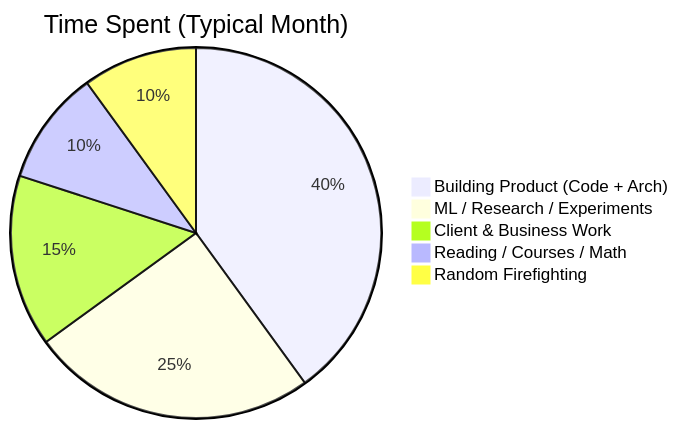
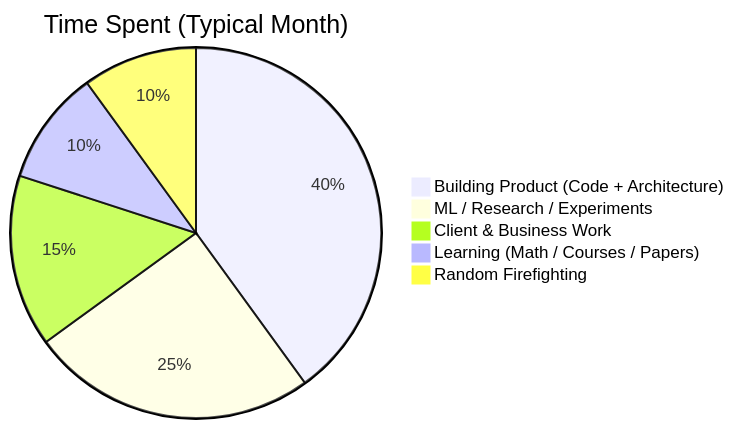
One commit to shasan11/shasan11 changed the diagram in readme.md. Above: the diagram before and after it, drawn with Mermaid. The commit also changed other lines of this file, not shown here.

````diff
--- a/readme.md
+++ b/readme.md
@@ -56,8 +80,8 @@
 ```mermaid
 pie title Time Spent (Typical Month)
-  "Building Product (Code + Arch)" : 40
-  "ML / Research / Experiments"    : 25
-  "Client & Business Work"         : 15
-  "Reading / Courses / Math"       : 10
-  "Random Firefighting"            : 10
+  "Building Product (Code + Architecture)" : 40
+  "ML / Research / Experiments"            : 25
+  "Client & Business Work"                 : 15
+  "Learning (Math / Courses / Papers)"     : 10
+  "Random Firefighting"                    : 10
 ```
````
